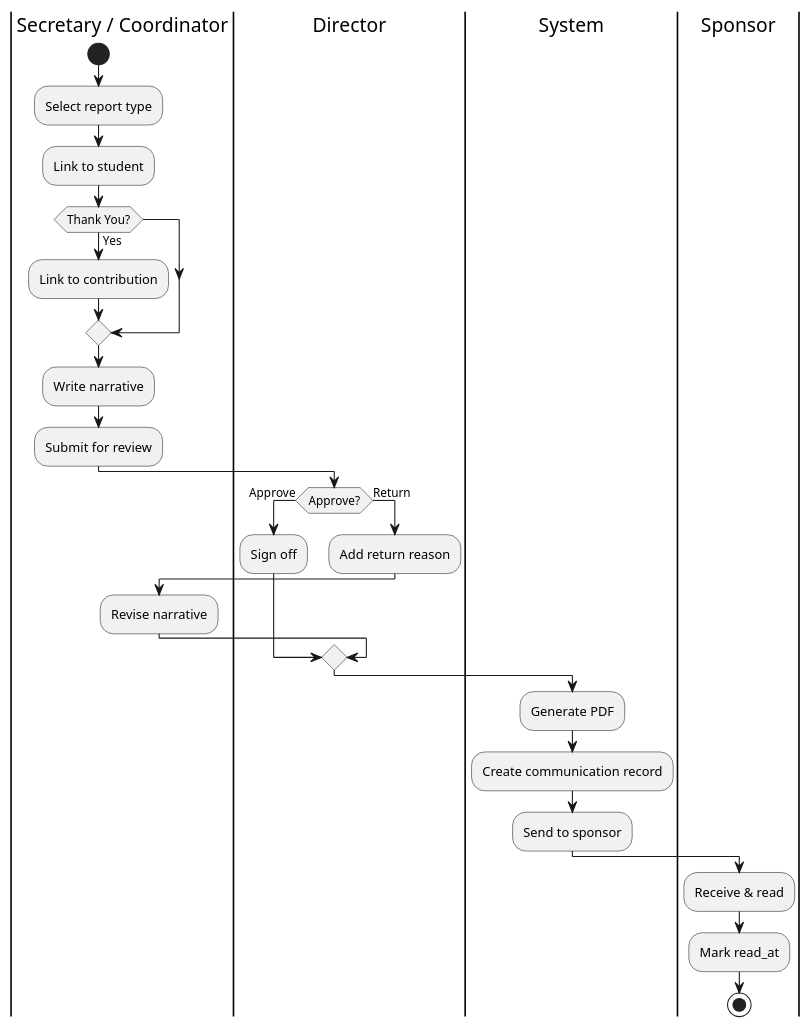
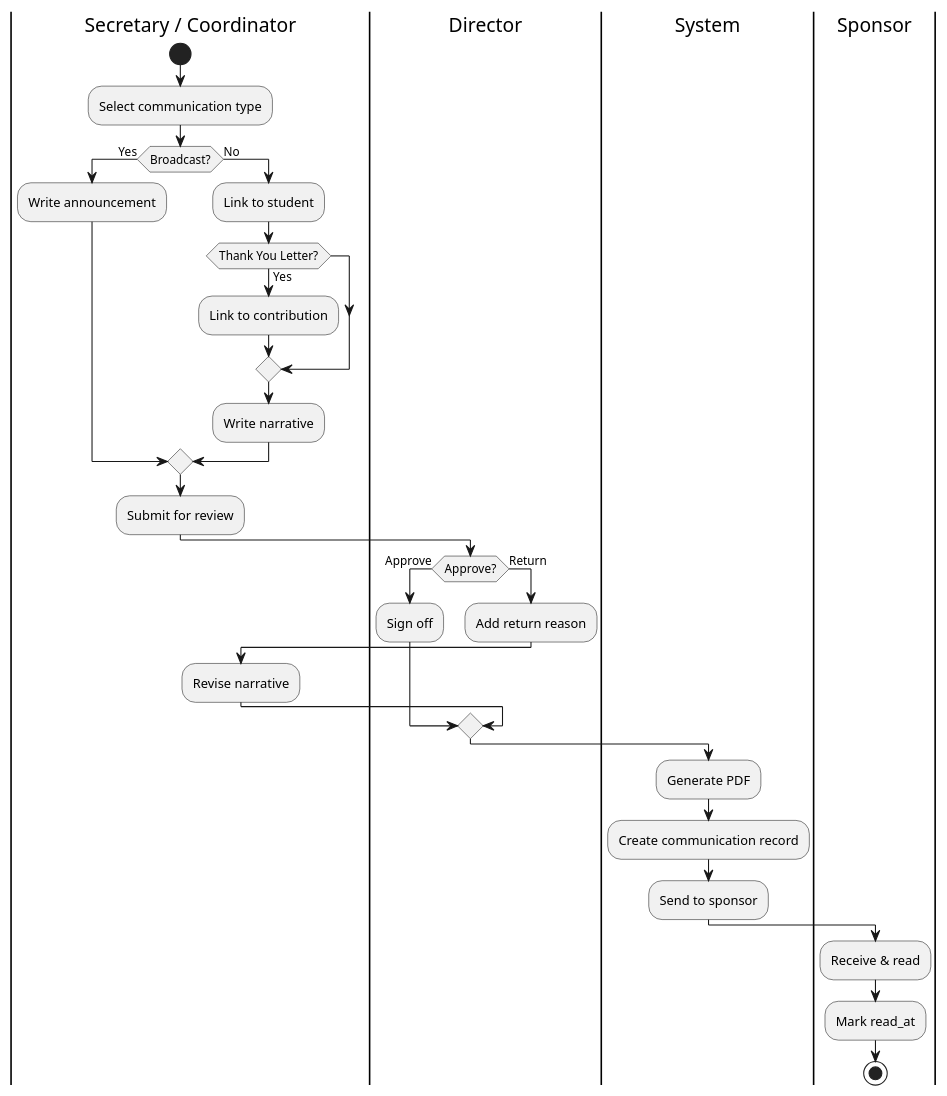
The diagram in activity-diagram/workflow_report.puml (TainYanTun/BHSMS-Architectural-Blueprint), drawn with PlantUML before and after one commit. The commit also changed 20 other files, not shown here.

First line of the commit message:
Refactor financial schema: program_funding + payouts, remove old tables

```diff
--- a/activity-diagram/workflow_report.puml
+++ b/activity-diagram/workflow_report.puml
@@ -1,30 +1,34 @@
 @startuml
 |Secretary / Coordinator|
 start
-:Select report type;
-:Link to student;
-if (Thank You?) then (Yes)
-  :Link to contribution;
+:Select communication type;
+if (Broadcast?) then (Yes)
+  :Write announcement; 
+else (No)
+  :Link to student;
+  if (Thank You Letter?) then (Yes)
+    :Link to contribution;
+  endif
+  :Write narrative;
 endif
-:Write narrative;
 :Submit for review;
 
 |Director|
 if (Approve?) then (Approve)
   :Sign off;
 else (Return)
   :Add return reason;
   |Secretary / Coordinator|
   :Revise narrative;
 endif
 
 |System|
 :Generate PDF;
 :Create communication record;
 :Send to sponsor;
 
 |Sponsor|
 :Receive & read;
 :Mark read_at;
 stop
 @enduml
```
